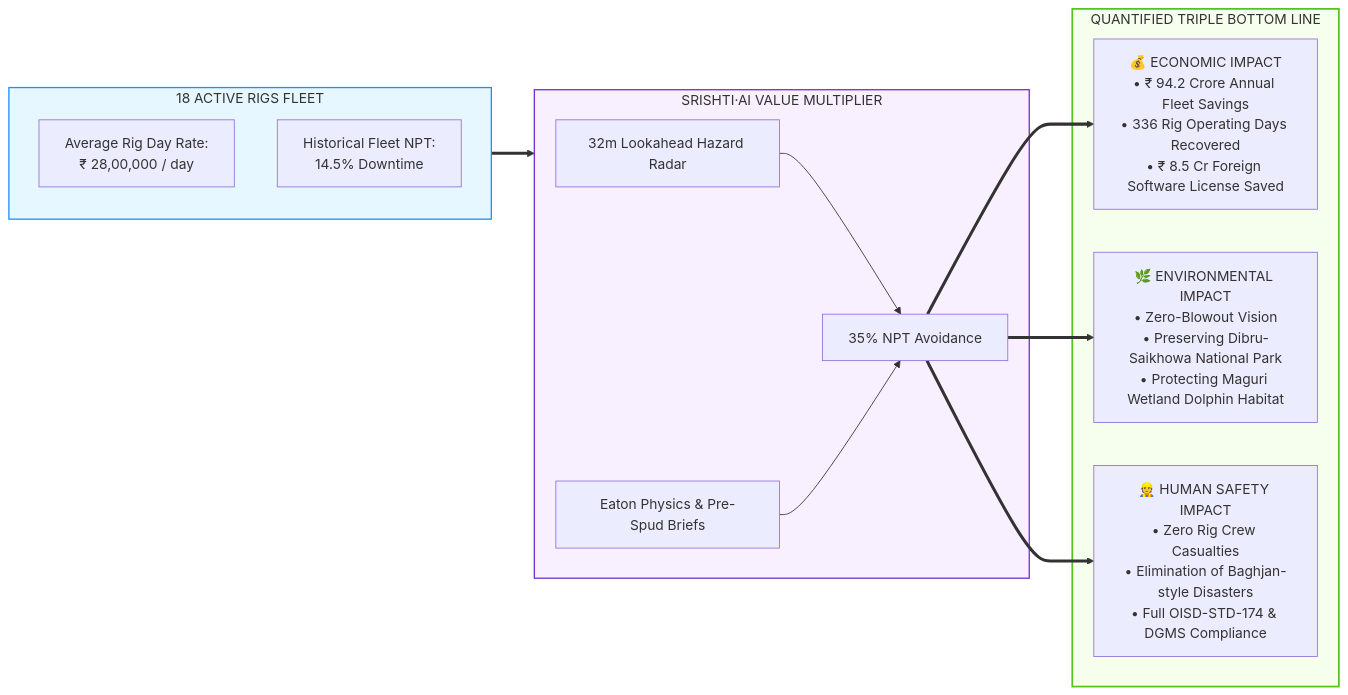
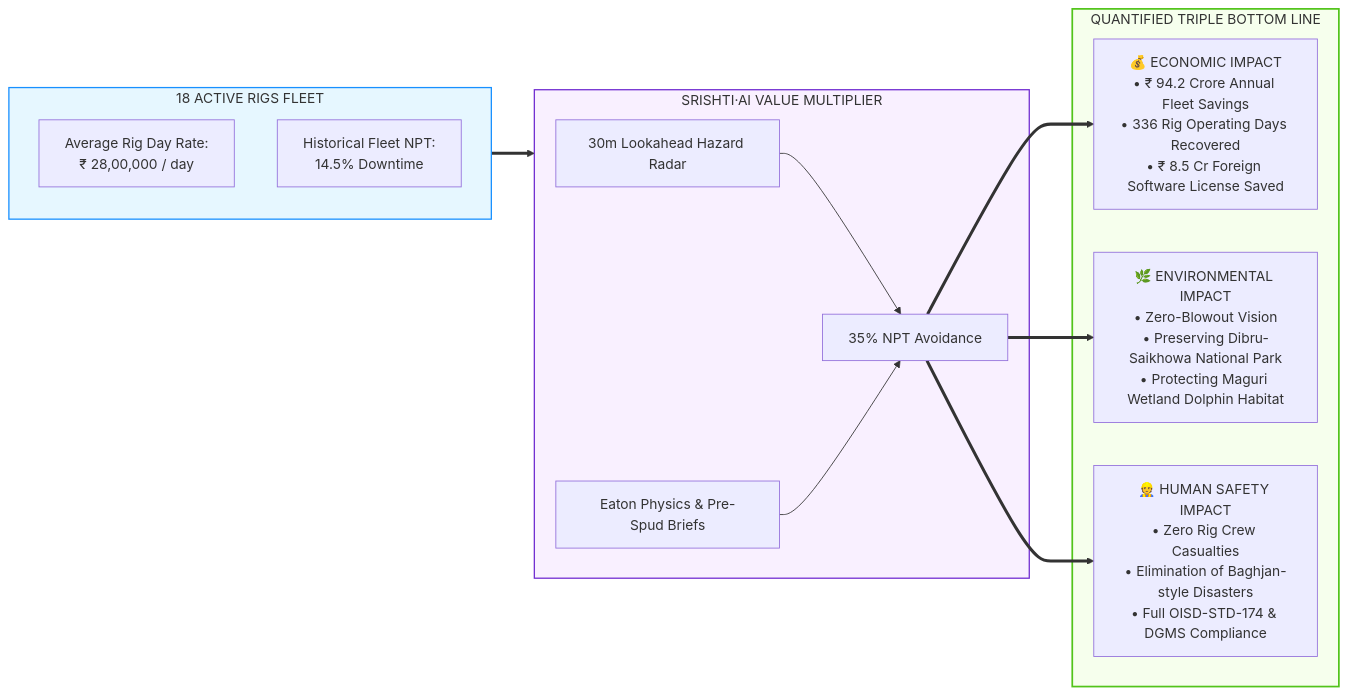
The fourth of 5 diagrams in srishtippt.md (priy-anshugupta/SRISHTI-AI), drawn with Mermaid before and after one commit. The commit also changed other lines of this file, not shown here.

````diff
--- a/srishtippt.md
+++ b/srishtippt.md
@@ -369,24 +385,24 @@
 ```mermaid
 flowchart LR
     subgraph FleetInput["18 ACTIVE RIGS FLEET"]
         R["Average Rig Day Rate:<br/>₹ 28,00,000 / day"]
         N["Historical Fleet NPT:<br/>14.5% Downtime"]
     end
 
     subgraph SavingsEngine["SRISHTI·AI VALUE MULTIPLIER"]
-        T["32m Lookahead Hazard Radar"] --> S["35% NPT Avoidance"]
+        T["30m Lookahead Hazard Radar"] --> S["35% NPT Avoidance"]
         P["Eaton Physics & Pre-Spud Briefs"] --> S
     end
 
     subgraph TripleBottomLine["QUANTIFIED TRIPLE BOTTOM LINE"]
         S ==> B1["💰 ECONOMIC IMPACT<br/>• ₹ 94.2 Crore Annual Fleet Savings<br/>• 336 Rig Operating Days Recovered<br/>• ₹ 8.5 Cr Foreign Software License Saved"]
         S ==> B2["🌿 ENVIRONMENTAL IMPACT<br/>• Zero-Blowout Vision<br/>• Preserving Dibru-Saikhowa National Park<br/>• Protecting Maguri Wetland Dolphin Habitat"]
         S ==> B3["👷 HUMAN SAFETY IMPACT<br/>• Zero Rig Crew Casualties<br/>• Elimination of Baghjan-style Disasters<br/>• Full OISD-STD-174 & DGMS Compliance"]
     end
 
     FleetInput ==> SavingsEngine
 
     style FleetInput fill:#e6f7ff,stroke:#1890ff,stroke-width:1.5px
     style SavingsEngine fill:#f9f0ff,stroke:#722ed1,stroke-width:1.5px
     style TripleBottomLine fill:#f6ffed,stroke:#52c41a,stroke-width:2px
 ```
````
